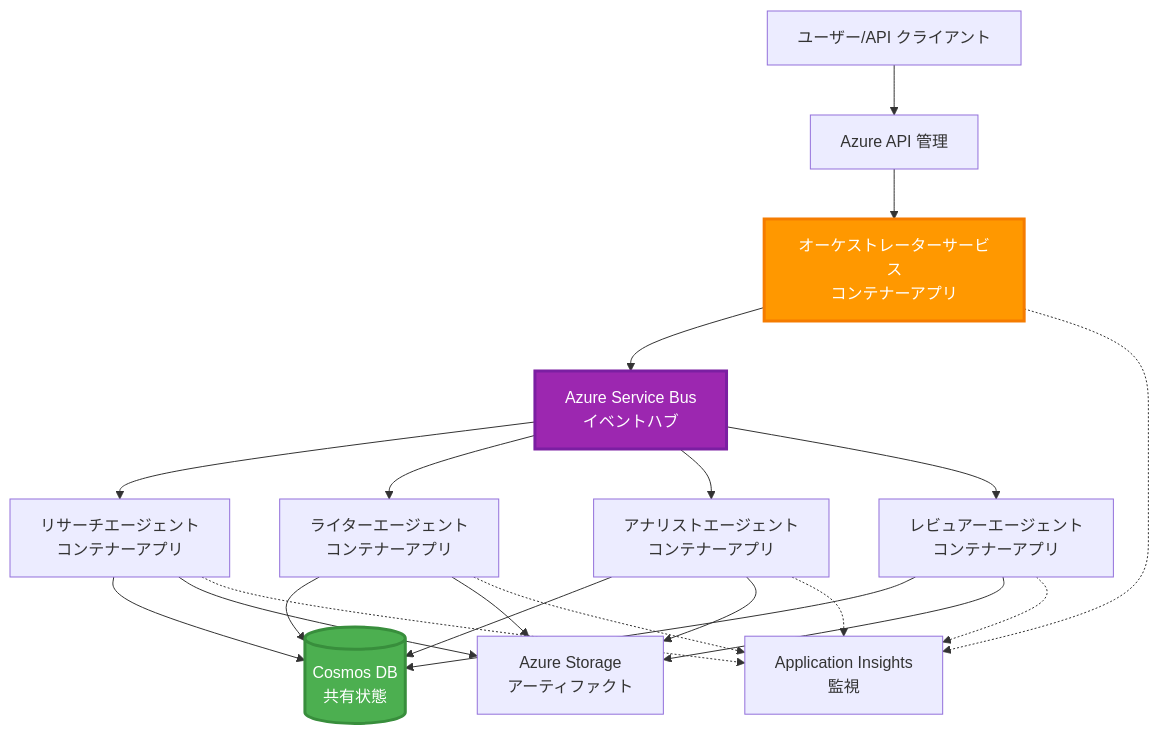
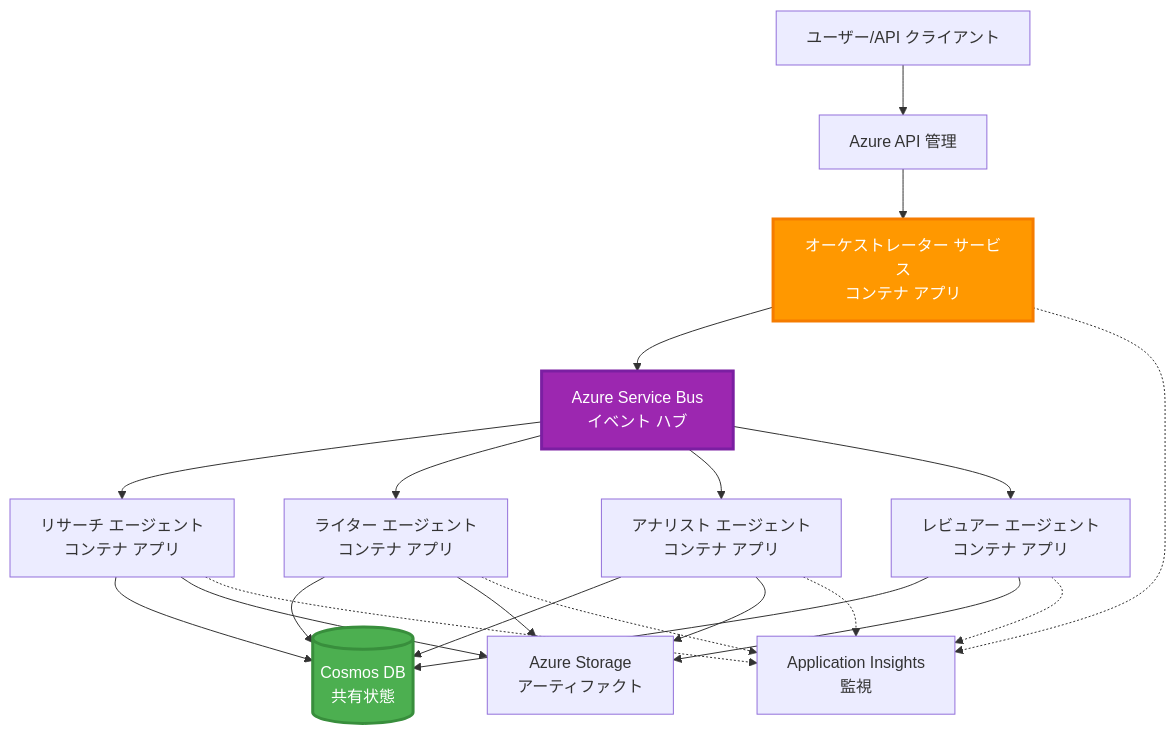
One commit to microsoft/AZD-for-beginners changed the sixth of 6 diagrams in translations/ja/docs/chapter-06-pre-deployment/coordination-patterns.md. Above: the diagram before and after it, drawn with Mermaid. The commit also changed other lines of this file and 101 other files, not shown here.

````diff
--- a/translations/ja/docs/chapter-06-pre-deployment/coordination-patterns.md
+++ b/translations/ja/docs/chapter-06-pre-deployment/coordination-patterns.md
@@ -272,45 +265,45 @@
 ```mermaid
 graph TB
     User[ユーザー/API クライアント]
     APIM[Azure API 管理]
-    Orchestrator[オーケストレーターサービス<br/>コンテナーアプリ]
-    ServiceBus[Azure Service Bus<br/>イベントハブ]
+    Orchestrator[オーケストレーター サービス<br/>コンテナ アプリ]
+    ServiceBus[Azure Service Bus<br/>イベント ハブ]
     
-    Agent1[リサーチエージェント<br/>コンテナーアプリ]
-    Agent2[ライターエージェント<br/>コンテナーアプリ]
-    Agent3[アナリストエージェント<br/>コンテナーアプリ]
-    Agent4[レビュアーエージェント<br/>コンテナーアプリ]
+    Agent1[リサーチ エージェント<br/>コンテナ アプリ]
+    Agent2[ライター エージェント<br/>コンテナ アプリ]
+    Agent3[アナリスト エージェント<br/>コンテナ アプリ]
+    Agent4[レビュアー エージェント<br/>コンテナ アプリ]
     
     CosmosDB[(Cosmos DB<br/>共有状態)]
     Storage[Azure Storage<br/>アーティファクト]
     AppInsights[Application Insights<br/>監視]
     
     User --> APIM
     APIM --> Orchestrator
     
     Orchestrator --> ServiceBus
     ServiceBus --> Agent1
     ServiceBus --> Agent2
     ServiceBus --> Agent3
     ServiceBus --> Agent4
     
     Agent1 --> CosmosDB
     Agent2 --> CosmosDB
     Agent3 --> CosmosDB
     Agent4 --> CosmosDB
     
     Agent1 --> Storage
     Agent2 --> Storage
     Agent3 --> Storage
     Agent4 --> Storage
     
     Orchestrator -.-> AppInsights
     Agent1 -.-> AppInsights
     Agent2 -.-> AppInsights
     Agent3 -.-> AppInsights
     Agent4 -.-> AppInsights
     
     style Orchestrator fill:#FF9800,stroke:#F57C00,stroke-width:3px,color:#fff
     style ServiceBus fill:#9C27B0,stroke:#7B1FA2,stroke-width:3px,color:#fff
     style CosmosDB fill:#4CAF50,stroke:#388E3C,stroke-width:3px,color:#fff
 ```
````
